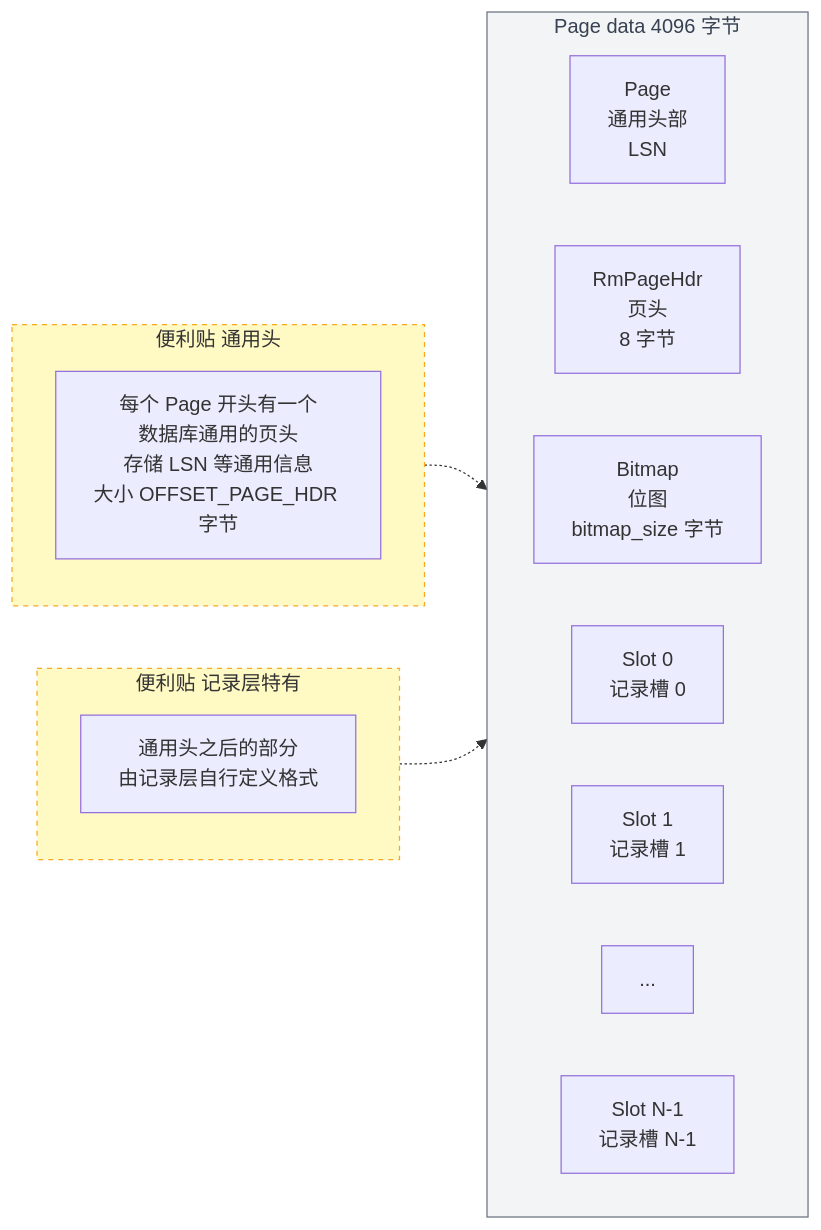
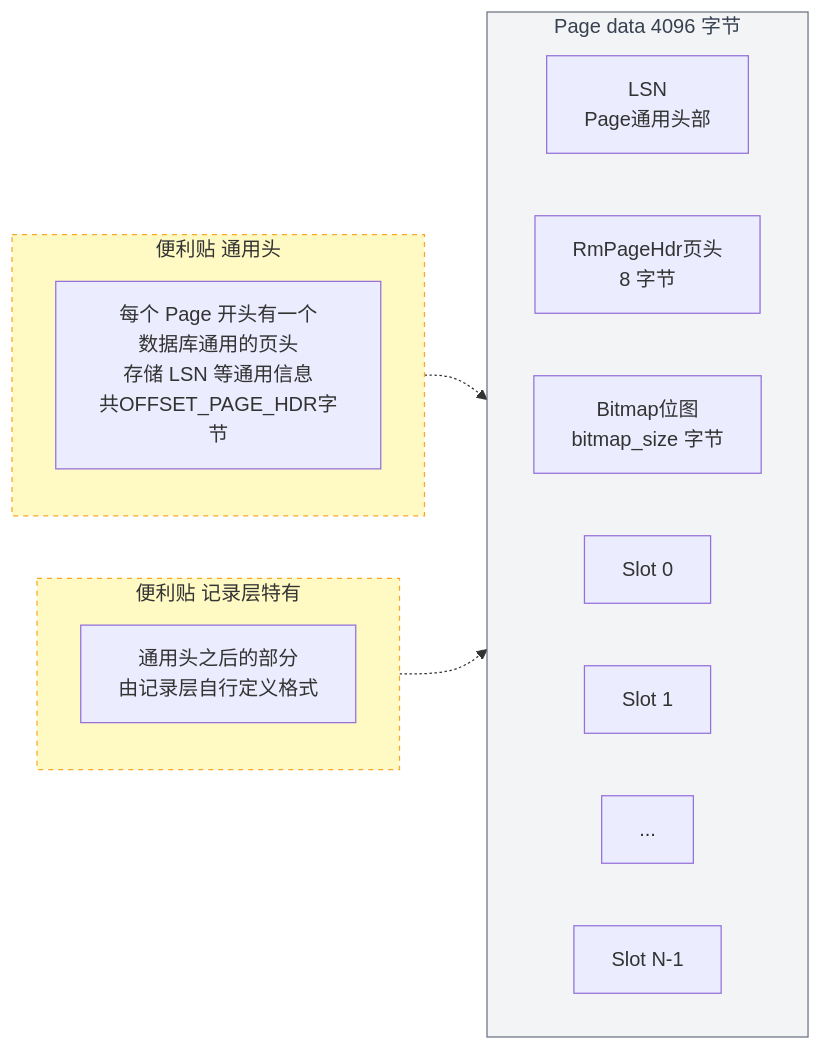
One commit to Dorian7Alden/RMDB-2024-Analyze changed the first of 2 diagrams in my-analysis/02-record-layer/03-record-page-layout.md. Above: the diagram before and after it, drawn with Mermaid. The commit also changed other lines of this file, not shown here.

Commit message:
补充 bitmap 位槽对应的具体示例：10槽2字节，展示位到槽的映射及占用后的字节值

````diff
--- a/my-analysis/02-record-layer/03-record-page-layout.md
+++ b/my-analysis/02-record-layer/03-record-page-layout.md
@@ -9,27 +9,27 @@
 ```mermaid
 flowchart LR
     subgraph page["Page data 4096 字节"]
         style page fill:#f3f4f6,stroke:#6b7280,color:#374151
         direction LR
-        A["Page<br/>通用头部<br/>LSN"]
-        B["RmPageHdr<br/>页头<br/>8 字节"]
-        C["Bitmap<br/>位图<br/>bitmap_size 字节"]
-        D["Slot 0<br/>记录槽 0"]
-        E["Slot 1<br/>记录槽 1"]
+        A["LSN<br/>Page通用头部"]
+        B["RmPageHdr页头<br/>8 字节"]
+        C["Bitmap位图<br/>bitmap_size 字节"]
+        D["Slot 0"]
+        E["Slot 1"]
         F["..."]
-        G["Slot N-1<br/>记录槽 N-1"]
+        G["Slot N-1"]
     end
 
     subgraph note1["便利贴 通用头"]
         style note1 fill:#fff9c4,stroke:#f9a825,stroke-dasharray:4
-        N1["每个 Page 开头有一个<br/>数据库通用的页头<br/>存储 LSN 等通用信息<br/>大小 OFFSET_PAGE_HDR 字节"]
+        N1["每个 Page 开头有一个<br/>数据库通用的页头<br/>存储 LSN 等通用信息<br/>共OFFSET_PAGE_HDR字节"]
     end
 
     subgraph note2["便利贴 记录层特有"]
         style note2 fill:#fff9c4,stroke:#f9a825,stroke-dasharray:4
         N2["通用头之后的部分<br/>由记录层自行定义格式"]
     end
 
     note1 -.-> A
     note2 -.-> B
 ```
````
